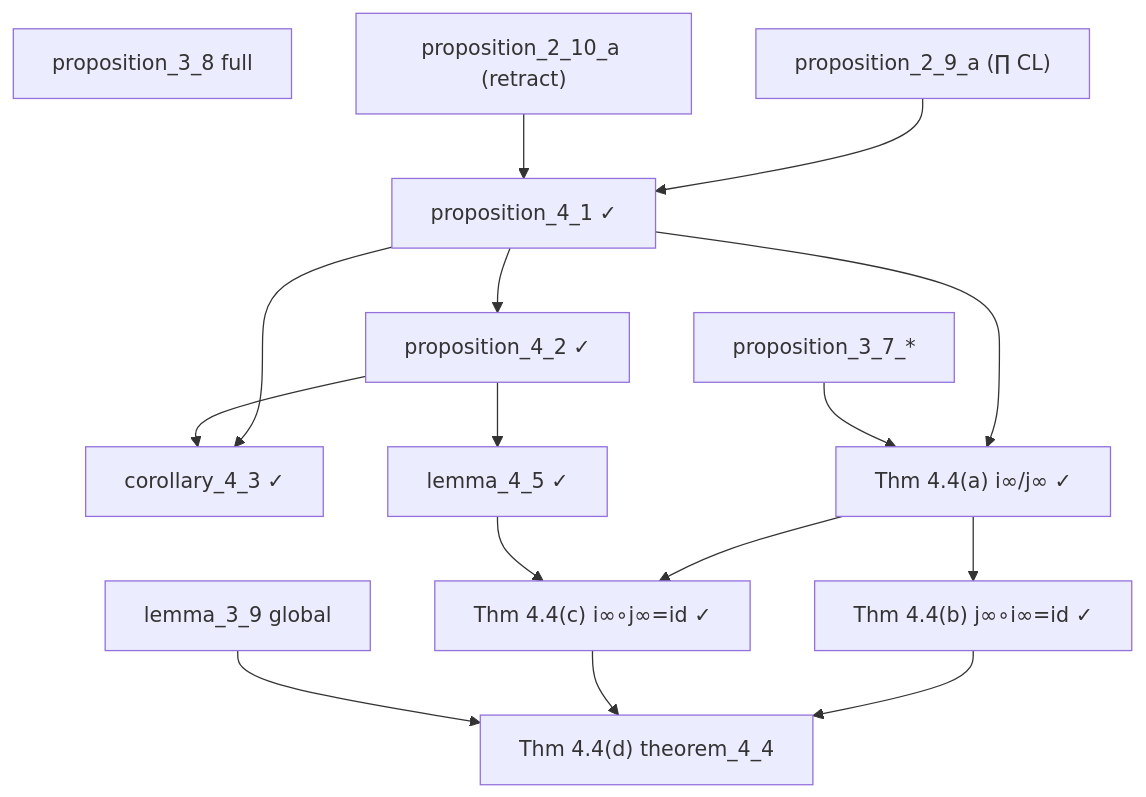
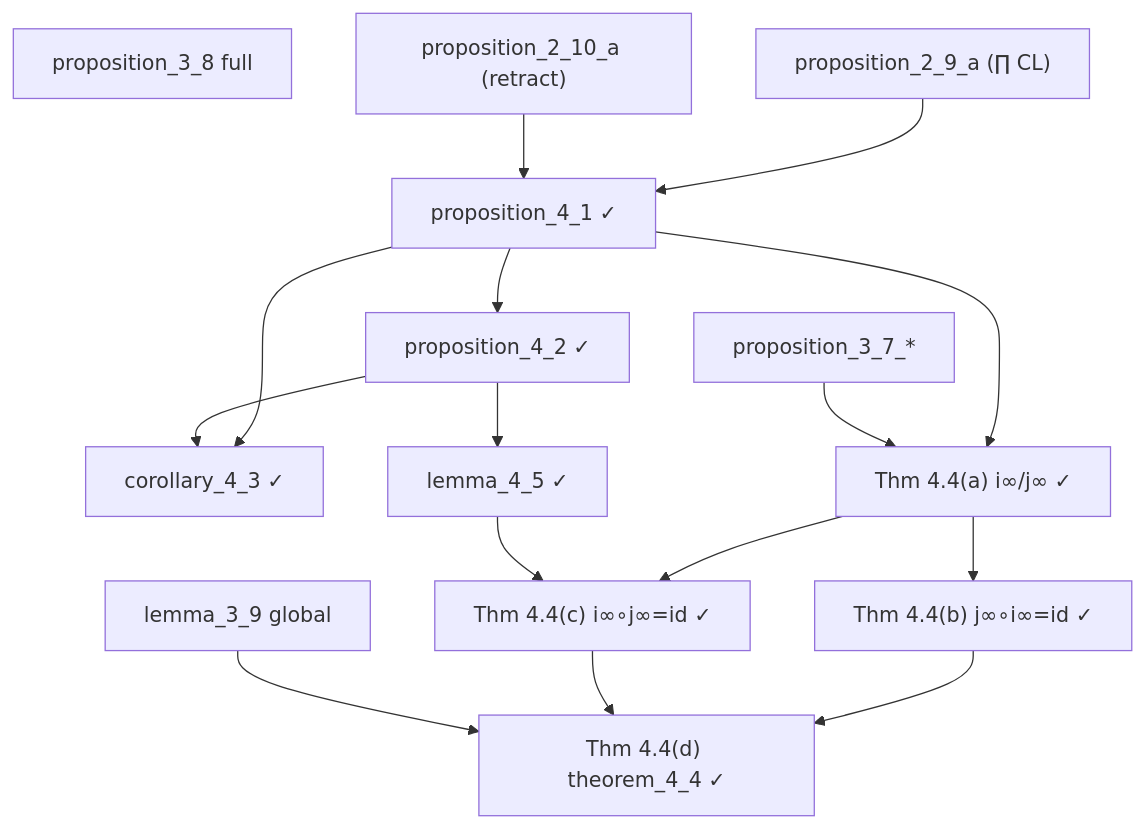
One commit to catskillsresearch/domain_theory changed the sixth of 8 diagrams in arxiv.md. Above: the diagram before and after it, drawn with Mermaid. The commit also changed other lines of this file and 1 other file, not shown here.

First line of the commit message:
feat(InverseLimits): finalize Theorem 4.4 — establish order isomorphism `D_∞ ≅ [D_∞ → D_∞]`

````diff
--- a/arxiv.md
+++ b/arxiv.md
@@ -393,31 +393,31 @@
 ```mermaid
 flowchart TD
   P38["proposition_3_8 full"]
   L39["lemma_3_9 global"]
   P37["proposition_3_7_*"]
   P29a["proposition_2_9_a (∏ CL)"]
   P210a["proposition_2_10_a (retract)"]
   P41["proposition_4_1 ✓"]
   P42["proposition_4_2 ✓"]
   C43["corollary_4_3 ✓"]
   L45["lemma_4_5 ✓"]
   T44a["Thm 4.4(a) i∞/j∞ ✓"]
   T44b["Thm 4.4(b) j∞∘i∞=id ✓"]
   T44c["Thm 4.4(c) i∞∘j∞=id ✓"]
-  T44d["Thm 4.4(d) theorem_4_4"]
+  T44d["Thm 4.4(d) theorem_4_4 ✓"]
 
   P29a --> P41
   P210a --> P41
   P41 --> P42
   P41 --> C43
   P42 --> C43
   P42 --> L45
   P41 --> T44a
   P37 --> T44a
   T44a --> T44b
   T44a --> T44c
   L45 --> T44c
   T44b --> T44d
   T44c --> T44d
   L39 --> T44d
 ```
````
